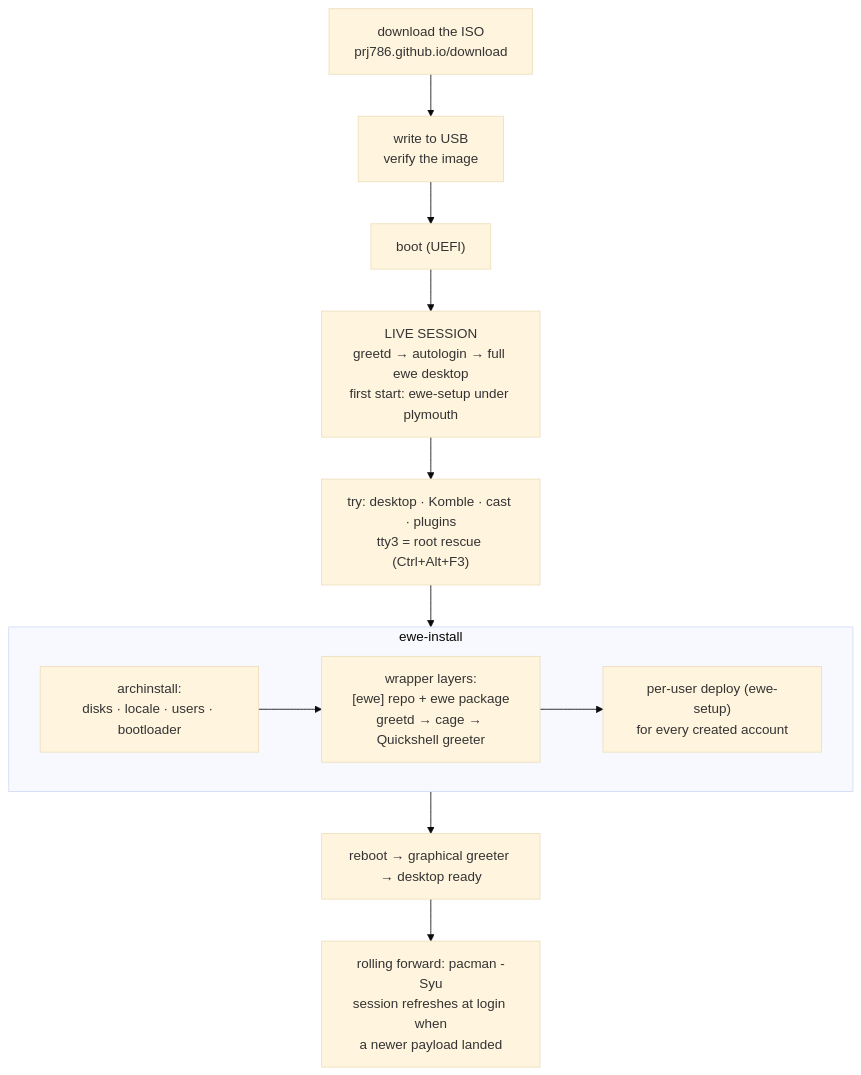
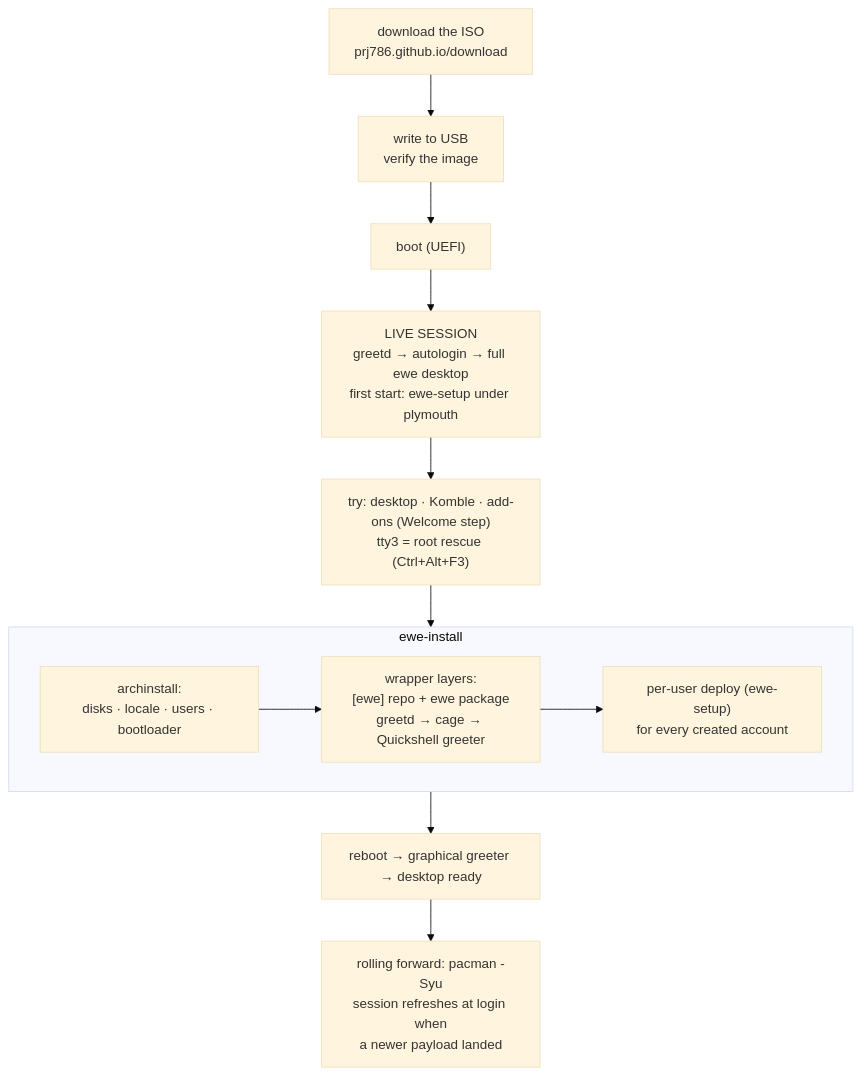
The diagram in 05-Workflows/Install Flow.md (prj786/ewe-map), drawn with Mermaid (base theme) before and after one commit. The commit also changed other lines of this file and 12 other files, not shown here.

Commit message:
components/architecture/workflows: the 0.25 carve-out — add-ons, Shell singleton, Komble catalogue, ewe-settings add-on awareness, correct system-side install command

````diff
--- a/05-Workflows/Install Flow.md
+++ b/05-Workflows/Install Flow.md
@@ -14,18 +14,18 @@
 ```mermaid
 flowchart TB
     DOWN["download the ISO<br/>prj786.github.io/download"] --> WRITE["write to USB<br/>verify the image"]
     WRITE --> BOOT["boot (UEFI)"]
     BOOT --> LIVE["LIVE SESSION<br/>greetd → autologin → full ewe desktop<br/>first start: ewe-setup under plymouth"]
-    LIVE --> TRY["try: desktop · Komble · cast · plugins<br/>tty3 = root rescue (Ctrl+Alt+F3)"]
+    LIVE --> TRY["try: desktop · Komble · add-ons (Welcome step)<br/>tty3 = root rescue (Ctrl+Alt+F3)"]
     TRY --> INSTALL["run ewe-install"]
 
     subgraph INSTALL["ewe-install"]
         A1["archinstall:<br/>disks · locale · users · bootloader"]
         A2["wrapper layers:<br/>[ewe] repo + ewe package<br/>greetd → cage → Quickshell greeter"]
         A3["per-user deploy (ewe-setup)<br/>for every created account"]
         A1 --> A2 --> A3
     end
 
     INSTALL --> REBOOT["reboot → graphical greeter → desktop ready"]
     REBOOT --> FORWARD["rolling forward: pacman -Syu<br/>session refreshes at login when<br/>a newer payload landed"]
 ```
````
